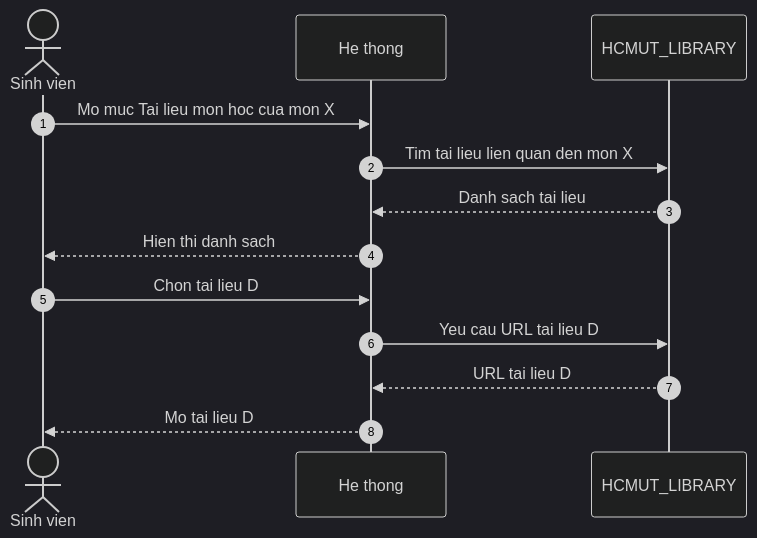
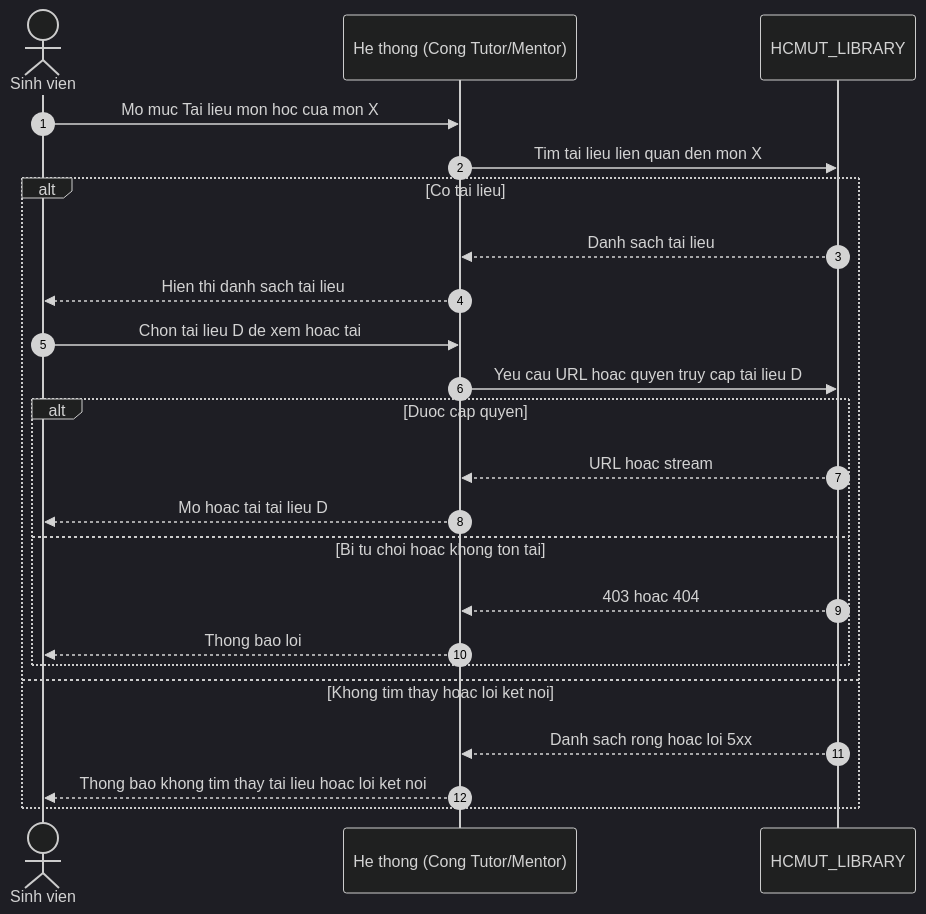
Before and after one commit to bqlam18/a: the diagram in CPNM_test.md, drawn with Mermaid (dark theme).

````diff
--- a/CPNM_test.md
+++ b/CPNM_test.md
@@ -7,16 +7,27 @@
 ```mermaid
 sequenceDiagram
   autonumber
   actor SV as Sinh vien
-  participant SYS as He thong
+  participant SYS as He thong (Cong Tutor/Mentor)
   participant LIB as HCMUT_LIBRARY
 
   SV->>SYS: Mo muc Tai lieu mon hoc cua mon X
   SYS->>LIB: Tim tai lieu lien quan den mon X
-  LIB-->>SYS: Danh sach tai lieu
-  SYS-->>SV: Hien thi danh sach
-  SV->>SYS: Chon tai lieu D
-  SYS->>LIB: Yeu cau URL tai lieu D
-  LIB-->>SYS: URL tai lieu D
-  SYS-->>SV: Mo tai lieu D
+
+  alt Co tai lieu
+    LIB-->>SYS: Danh sach tai lieu
+    SYS-->>SV: Hien thi danh sach tai lieu
+    SV->>SYS: Chon tai lieu D de xem hoac tai
+    SYS->>LIB: Yeu cau URL hoac quyen truy cap tai lieu D
+    alt Duoc cap quyen
+      LIB-->>SYS: URL hoac stream
+      SYS-->>SV: Mo hoac tai tai lieu D
+    else Bi tu choi hoac khong ton tai
+      LIB-->>SYS: 403 hoac 404
+      SYS-->>SV: Thong bao loi
+    end
+  else Khong tim thay hoac loi ket noi
+    LIB-->>SYS: Danh sach rong hoac loi 5xx
+    SYS-->>SV: Thong bao khong tim thay tai lieu hoac loi ket noi
+  end
 ```
````
